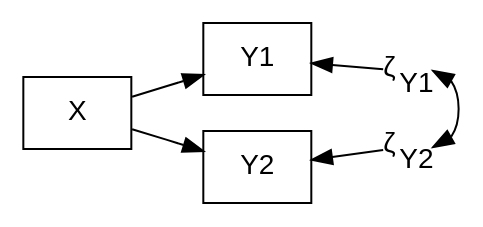
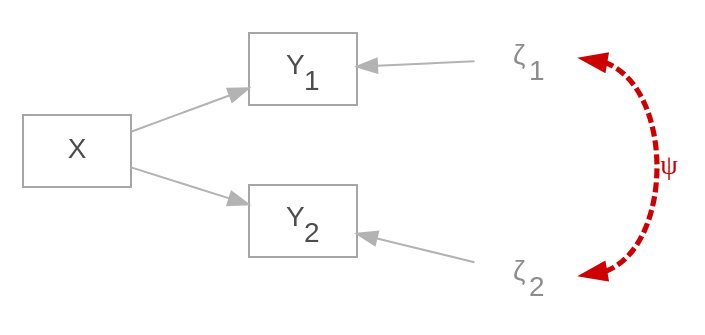
Diagram 16 of 26 in 5_Slides/Intro_to_SEM_part1.qmd (pennekampster/Swiss_SEM), drawn with Graphviz before and after one commit. The commit also changed other lines of this file and 5 other files, not shown here.

````diff
--- a/5_Slides/Intro_to_SEM_part1.qmd
+++ b/5_Slides/Intro_to_SEM_part1.qmd
@@ -1065,32 +984,17 @@
 ```{dot}
-//| fig-width: 6
+//| fig-width: 4
+//| fig-height: 3
 digraph {
-
-  # a 'graph' statement
-  graph [overlap = false, fontsize = 15, layout = dot, rankdir = LR];
-
-  # 'node' statements
-  node [shape = box, fontname = Helvetica];
-  
-  X; 
-  Y1; 
-  Y2;
-  
-  node [shape = plain,
-        fontname = Helvetica];
-        
-  E1 [label = <&zeta;<SUB>Y1</SUB>>]; 
-  E2 [label = <&zeta;<SUB>Y2</SUB>>]; 
-
-  # 'edge' statements
-  X -> Y1;
-  X -> Y2;
-  E1 -> Y1; 
-  E2 -> Y2;
-  E1:e -> E2:e [dir=both];
-
-  {rank=min; X; };
-  {rank=max; E1, E2};
-
+  graph [rankdir = LR, fontsize = 14, nodesep = 0.5, ranksep = 0.8]
+  node [shape = box, fontname = Helvetica, color = "gray65", fontcolor = "gray30"]
+  X; Y1 [label = <Y<SUB>1</SUB>>]; Y2 [label = <Y<SUB>2</SUB>>]
+  node [shape = plaintext, color = "gray65", fontcolor = "gray55"]
+  z1 [label = <&zeta;<SUB>1</SUB>>]; z2 [label = <&zeta;<SUB>2</SUB>>]
+  edge [color = "gray70", fontcolor = "gray55"]
+  X -> Y1; X -> Y2
+  z1:e -> z2:e [dir = both, constraint = false, label = "ψ", color = "#cc0000", penwidth = 2.6, fontcolor = "#cc0000", style = dashed]
+  z1 -> Y1; z2 -> Y2
+  {rank = same; Y1; Y2}
+  {rank = max; z1; z2}
 }
 ```
````
